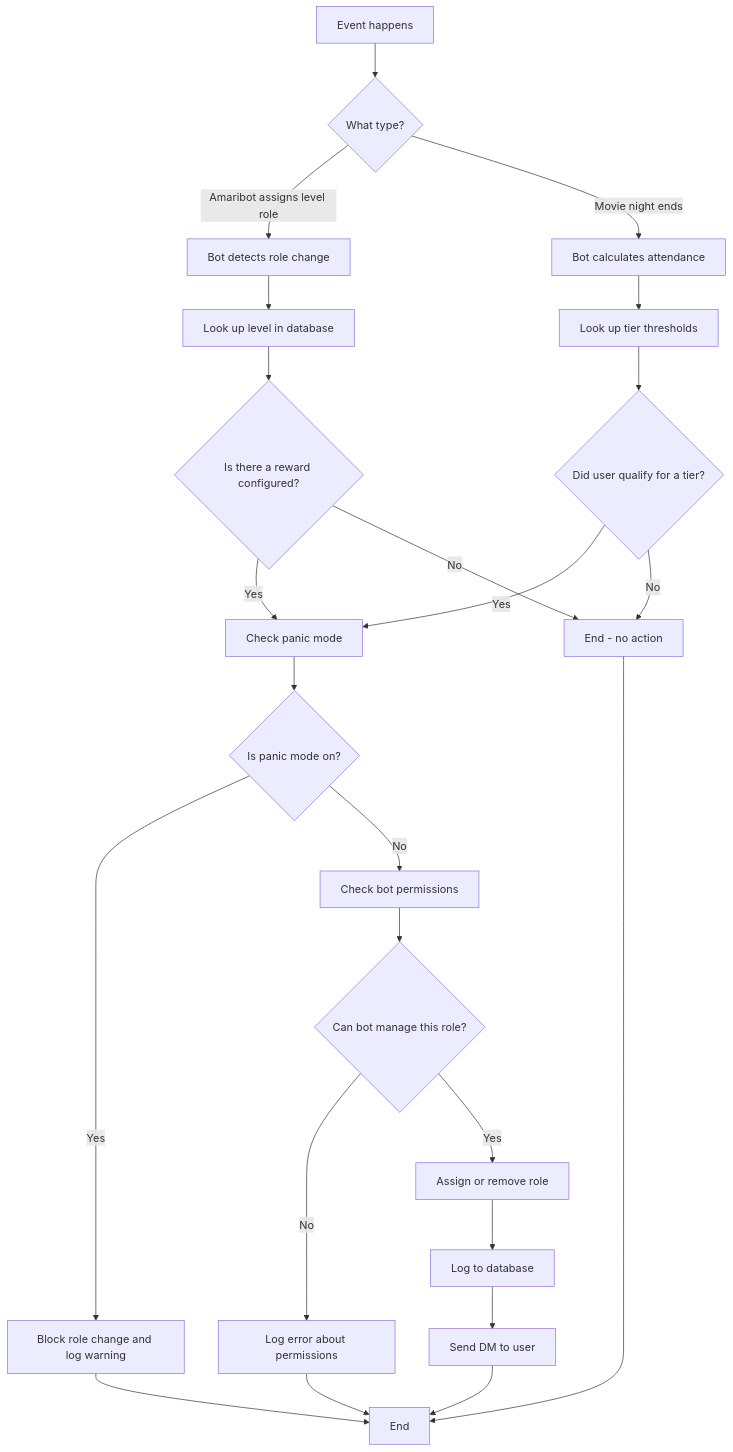
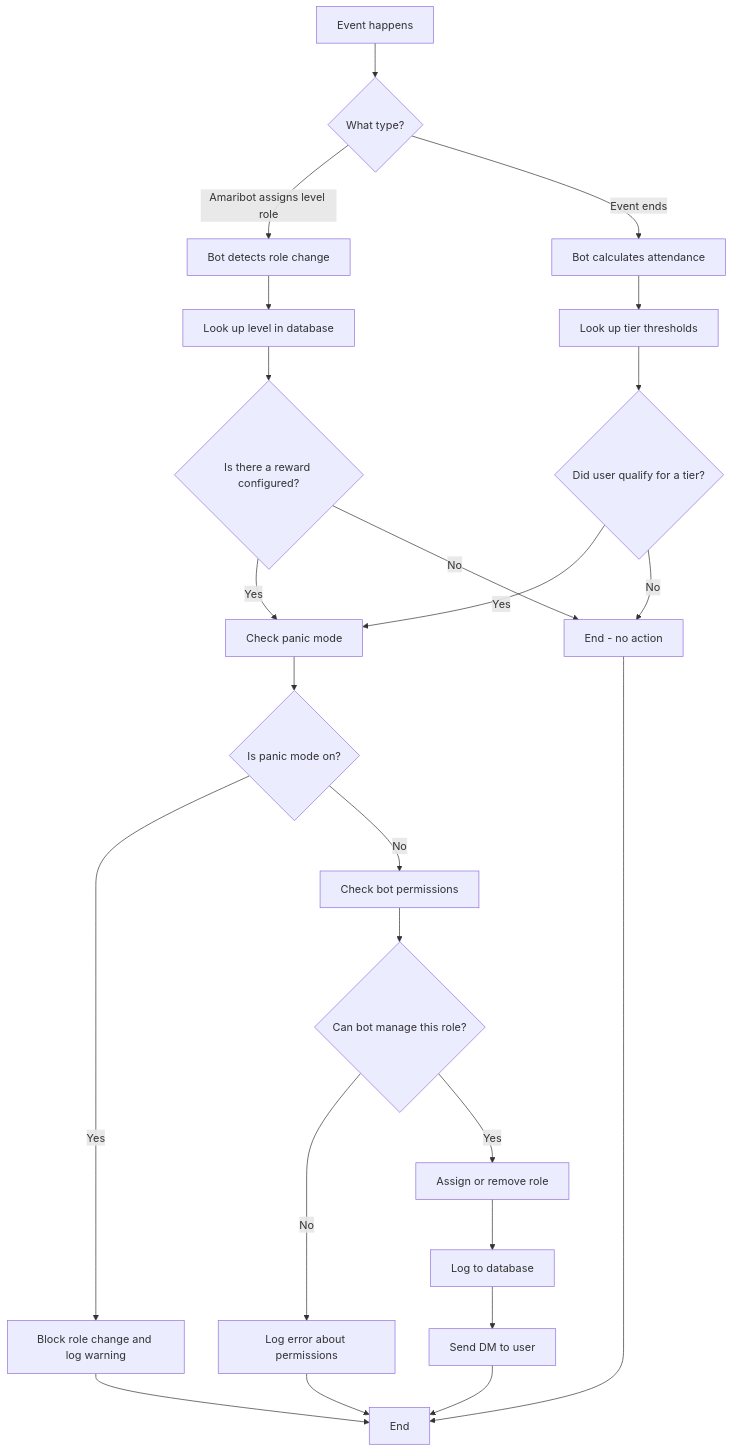
Before and after one commit to watchthelight/pawtech-v2: the tenth of 12 diagrams in docs/BOT-HANDBOOK.md, drawn with Mermaid. The commit also changed other lines of this file and 4 other files, not shown here.

First line of the commit message:
docs: update event documentation to include both movie and game nights

````diff
--- a/docs/BOT-HANDBOOK.md
+++ b/docs/BOT-HANDBOOK.md
@@ -1502,26 +1503,26 @@
 ```mermaid
 flowchart TD
     A[Event happens] --> B{What type?}
     B -->|Amaribot assigns level role| C[Bot detects role change]
-    B -->|Movie night ends| D[Bot calculates attendance]
+    B -->|Event ends| D[Bot calculates attendance]
     C --> E[Look up level in database]
     D --> F[Look up tier thresholds]
     E --> G{Is there a reward configured?}
     F --> H{Did user qualify for a tier?}
     G -->|Yes| I[Check panic mode]
     G -->|No| J[End - no action]
     H -->|Yes| I
     H -->|No| J
     I --> K{Is panic mode on?}
     K -->|Yes| L[Block role change and log warning]
     K -->|No| M[Check bot permissions]
     M --> N{Can bot manage this role?}
     N -->|No| O[Log error about permissions]
     N -->|Yes| P[Assign or remove role]
     P --> Q[Log to database]
     Q --> R[Send DM to user]
     R --> S[End]
     L --> S
     O --> S
     J --> S
 ```
````
